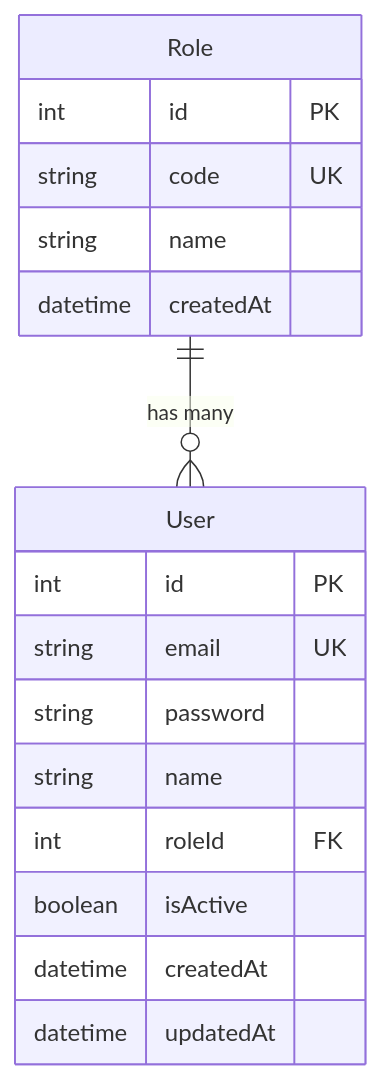
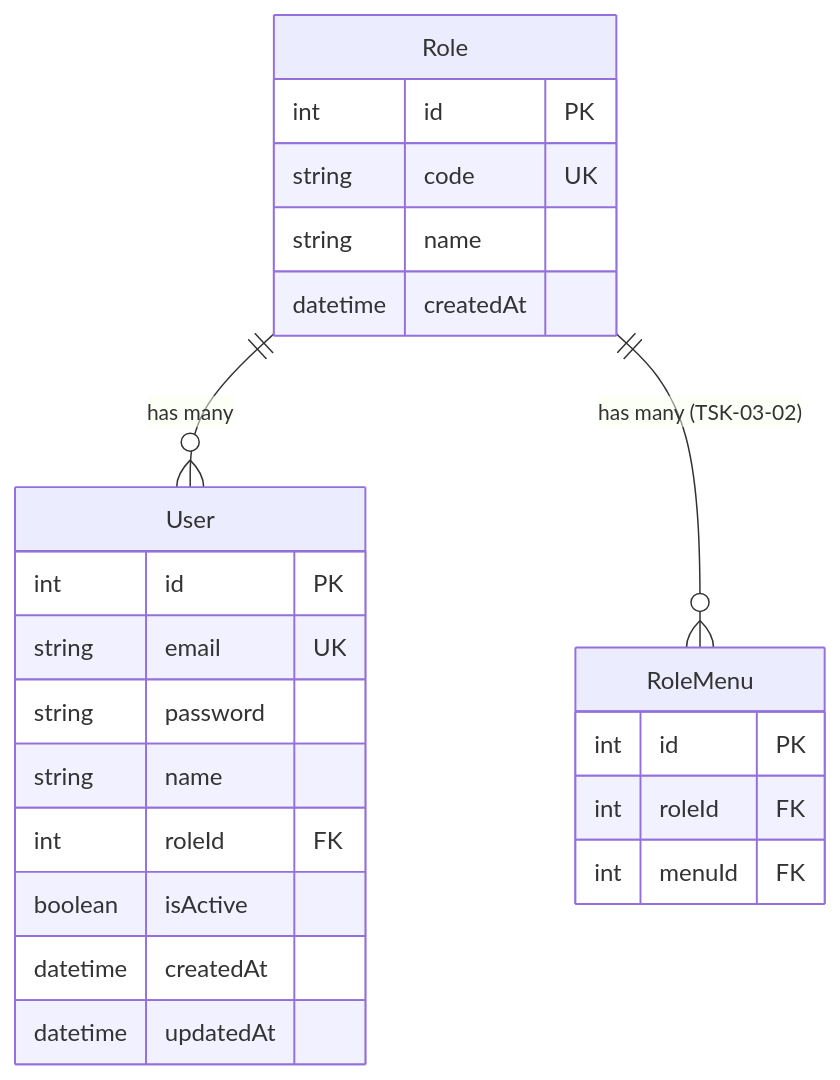
The second of 2 diagrams in .orchay/projects/mes-portal/tasks/TSK-04-02/010-design.md (jongik-sv/mes-poc), drawn with Mermaid before and after one commit. The commit also changed other lines of this file and 2 other files, not shown here.

First line of the commit message:
[wf:start] TSK-04-02: 사용자 및 역할 모델 통합설계 완료

````diff
--- a/.orchay/projects/mes-portal/tasks/TSK-04-02/010-design.md
+++ b/.orchay/projects/mes-portal/tasks/TSK-04-02/010-design.md
@@ -261,22 +318,29 @@
 ```mermaid
 erDiagram
     Role ||--o{ User : "has many"
+    Role ||--o{ RoleMenu : "has many (TSK-03-02)"
 
     User {
         int id PK
         string email UK
         string password
         string name
         int roleId FK
         boolean isActive
         datetime createdAt
         datetime updatedAt
     }
 
     Role {
         int id PK
         string code UK
         string name
         datetime createdAt
     }
+
+    RoleMenu {
+        int id PK
+        int roleId FK
+        int menuId FK
+    }
 ```
````
